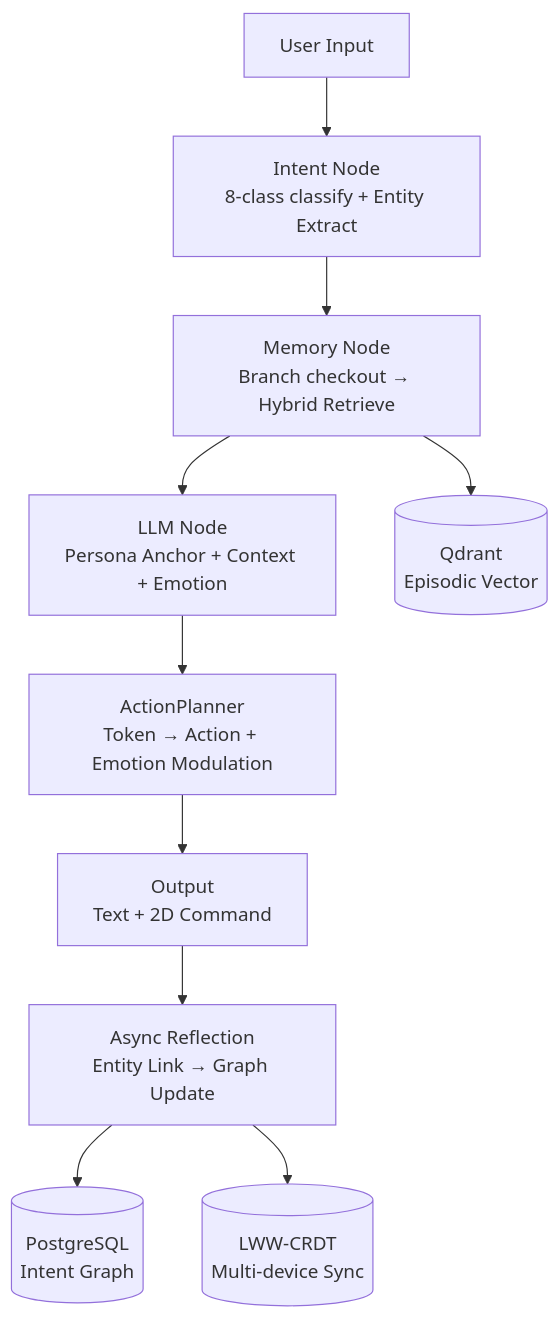
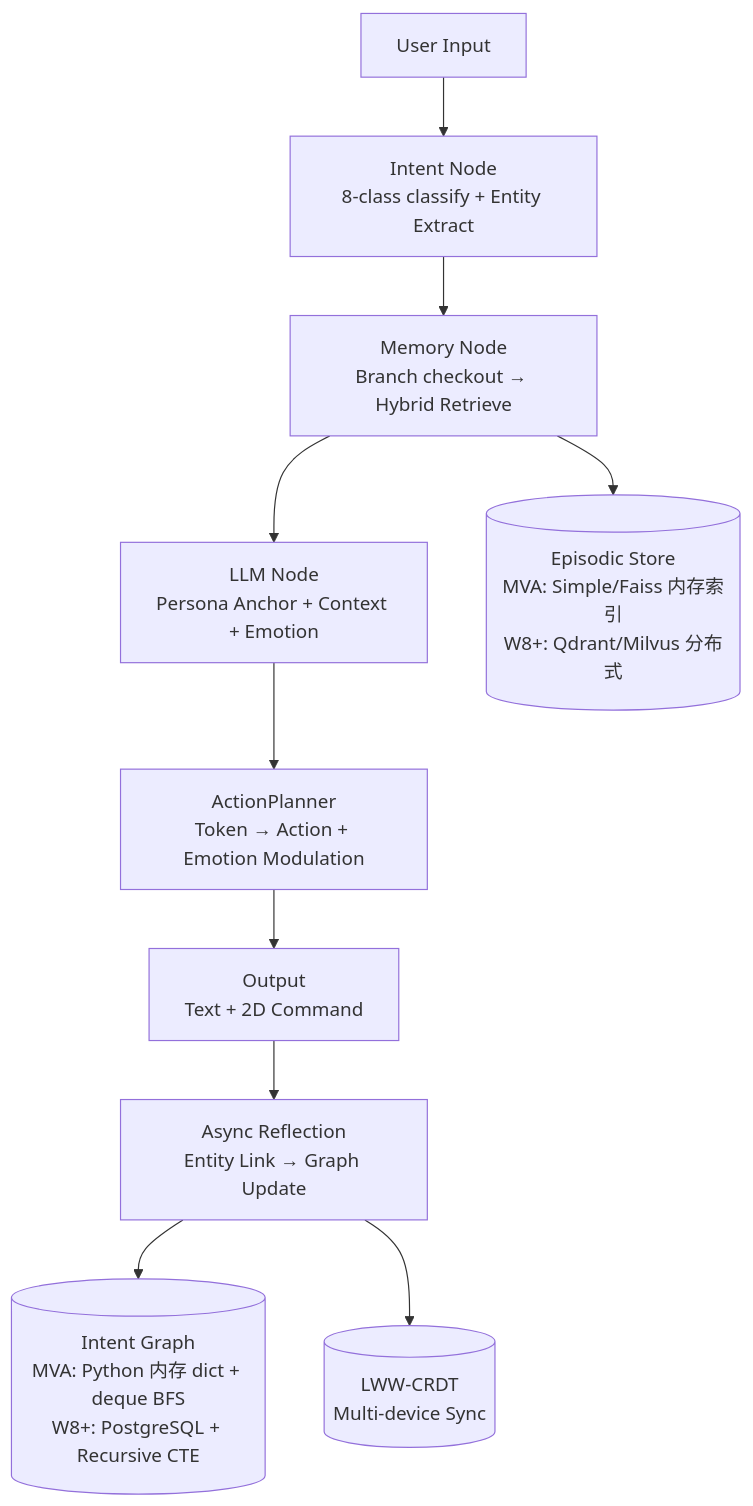
One commit to huanghe-00/ChronoPersona changed the diagram in readme.md. Above: the diagram before and after it, drawn with Mermaid. The commit also changed other lines of this file and 2 other files, not shown here.

Commit message:
docs: 修正文档中虚假声明并补充生产级迁移计划

````diff
--- a/readme.md
+++ b/readme.md
@@ -100,12 +100,12 @@
 ```mermaid
 graph TD
     A[User Input] --> B[Intent Node<br/>8-class classify + Entity Extract]
     B --> C[Memory Node<br/>Branch checkout → Hybrid Retrieve]
     C --> D[LLM Node<br/>Persona Anchor + Context + Emotion]
     D --> E[ActionPlanner<br/>Token → Action + Emotion Modulation]
     E --> F[Output<br/>Text + 2D Command]
     F --> G[Async Reflection<br/>Entity Link → Graph Update]
-    G --> H[(PostgreSQL<br/>Intent Graph)]
-    C --> I[(Qdrant<br/>Episodic Vector)]
+    G --> H[(Intent Graph<br/>MVA: Python 内存 dict + deque BFS<br/>W8+: PostgreSQL + Recursive CTE)]
+    C --> I[(Episodic Store<br/>MVA: Simple/Faiss 内存索引<br/>W8+: Qdrant/Milvus 分布式)]
     G --> J[(LWW-CRDT<br/>Multi-device Sync)]
 ```
````
